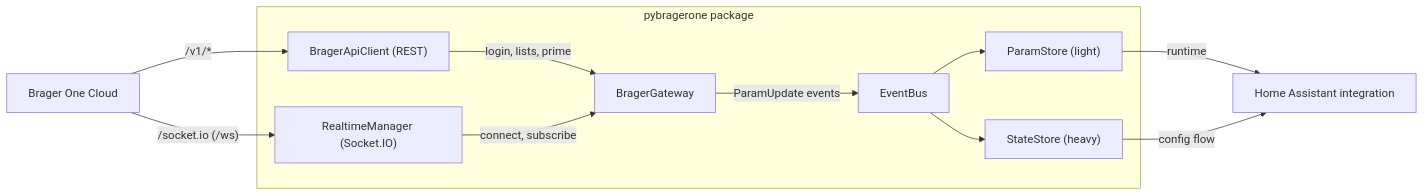
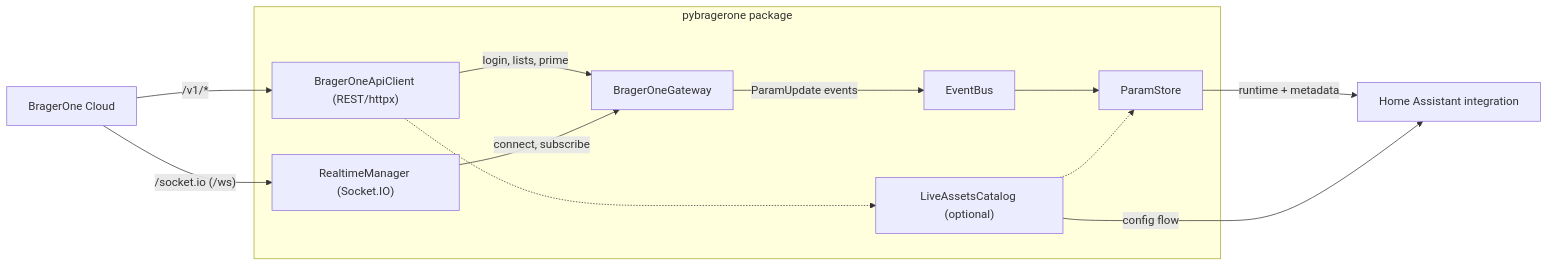
One commit to marpi82/py-bragerone changed the diagram in docs/README.rst. Above: the diagram before and after it, drawn with Mermaid. The commit also changed other lines of this file and 30 other files, not shown here.

```diff
--- a/docs/README.rst
+++ b/docs/README.rst
@@ -34,21 +34,22 @@
 .. mermaid::
 
    flowchart LR
      subgraph Client["pybragerone package"]
-       API["BragerApiClient (REST)"]
+       API["BragerOneApiClient (REST/httpx)"]
        WS["RealtimeManager (Socket.IO)"]
-       GW["BragerGateway"]
+       GW["BragerOneGateway"]
        BUS["EventBus"]
-       PS["ParamStore (light)"]
-       SS["StateStore (heavy)"]
+       PS["ParamStore"]
+       CATALOG["LiveAssetsCatalog (optional)"]
        API -- "login, lists, prime" --> GW
        WS -- "connect, subscribe" --> GW
        GW -- "ParamUpdate events" --> BUS
        BUS --> PS
-       BUS --> SS
+       API -.-> CATALOG
+       CATALOG -.-> PS
      end
-     CLOUD["Brager One Cloud"]
+     CLOUD["BragerOne Cloud"]
      CLOUD -- "/v1/*" --> API
      CLOUD -- "/socket.io (/ws)" --> WS
-     PS -- "runtime" --> HA["Home Assistant integration"]
-     SS -- "config flow" --> HA
+     PS -- "runtime + metadata" --> HA["Home Assistant integration"]
+     CATALOG -- "config flow" --> HA
```
